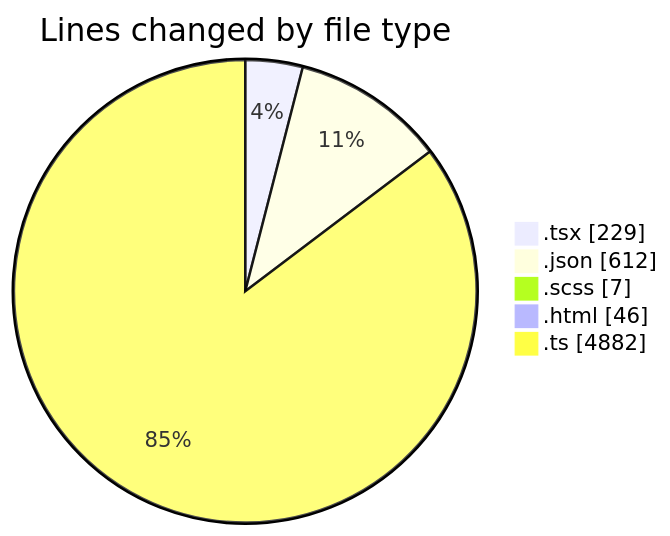
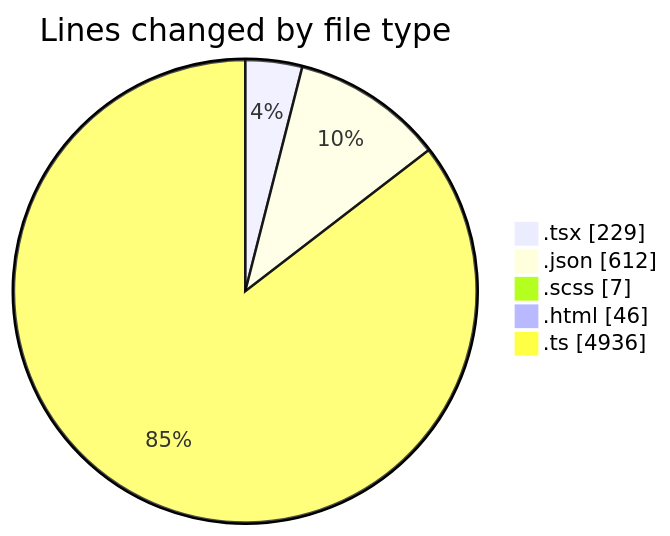
One commit to momahboobian/code-tracking changed the first of 2 diagrams in 2026-04-14/cda/README.md. Above: the diagram before and after it, drawn with Mermaid. The commit also changed other lines of this file and 1 other file, not shown here.

````diff
--- a/2026-04-14/cda/README.md
+++ b/2026-04-14/cda/README.md
@@ -33,9 +33,9 @@
 ```mermaid
 pie showData
 title Lines changed by file type
 ".tsx" : 229
 ".json" : 612
 ".scss" : 7
 ".html" : 46
-".ts" : 4882
+".ts" : 4936
 ```
````
